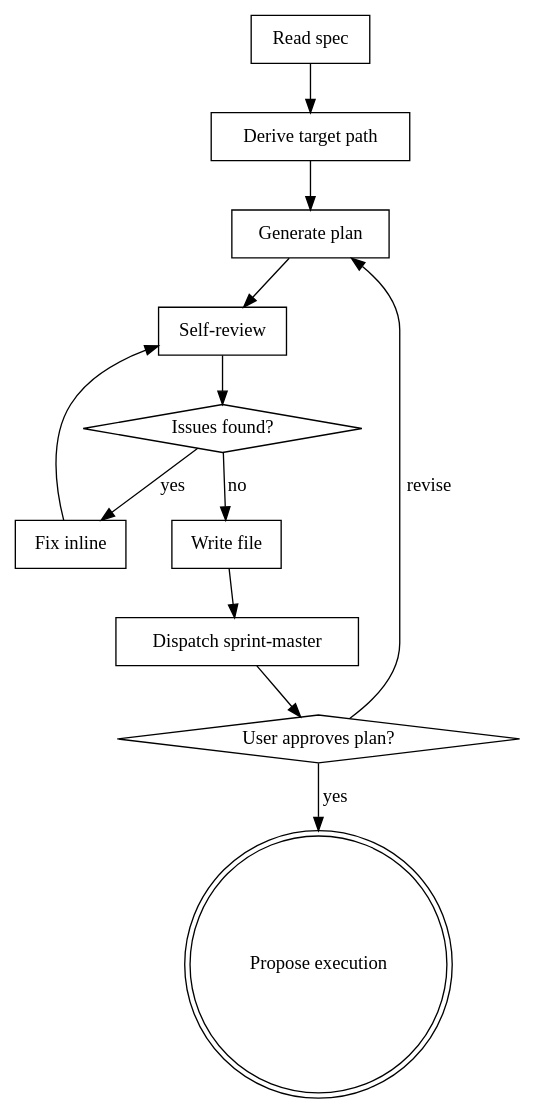
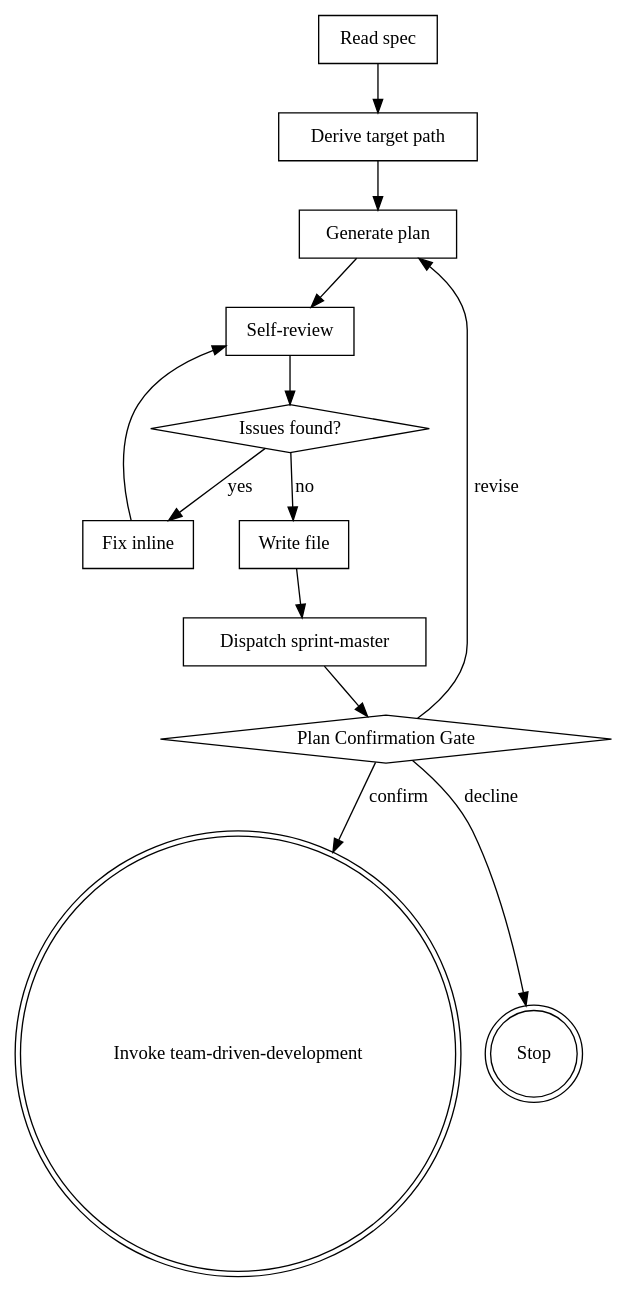
Before and after one commit to rat-siem/team-driven-development: the diagram in skills/team-plan/SKILL.md, drawn with Graphviz. The commit also changed other lines of this file, not shown here.

Commit message:
feat(team-plan): merge plan gate and execute gate into single Plan Confirmation Gate

````diff
--- a/skills/team-plan/SKILL.md
+++ b/skills/team-plan/SKILL.md
@@ -43,26 +42,28 @@
 ```dot
 digraph team_plan {
     "Read spec" [shape=box];
     "Derive target path" [shape=box];
     "Generate plan" [shape=box];
     "Self-review" [shape=box];
     "Issues found?" [shape=diamond];
     "Fix inline" [shape=box];
     "Write file" [shape=box];
     "Dispatch sprint-master" [shape=box];
-    "User approves plan?" [shape=diamond];
-    "Propose execution" [shape=doublecircle];
+    "Plan Confirmation Gate" [shape=diamond];
+    "Invoke team-driven-development" [shape=doublecircle];
+    "Stop" [shape=doublecircle];
 
     "Read spec" -> "Derive target path";
     "Derive target path" -> "Generate plan";
     "Generate plan" -> "Self-review";
     "Self-review" -> "Issues found?";
     "Issues found?" -> "Fix inline" [label="yes"];
     "Fix inline" -> "Self-review";
     "Issues found?" -> "Write file" [label="no"];
     "Write file" -> "Dispatch sprint-master";
-    "Dispatch sprint-master" -> "User approves plan?";
-    "User approves plan?" -> "Generate plan" [label="revise"];
-    "User approves plan?" -> "Propose execution" [label="yes"];
+    "Dispatch sprint-master" -> "Plan Confirmation Gate";
+    "Plan Confirmation Gate" -> "Generate plan" [label="revise"];
+    "Plan Confirmation Gate" -> "Invoke team-driven-development" [label="confirm"];
+    "Plan Confirmation Gate" -> "Stop" [label="decline"];
 }
 ```
````
